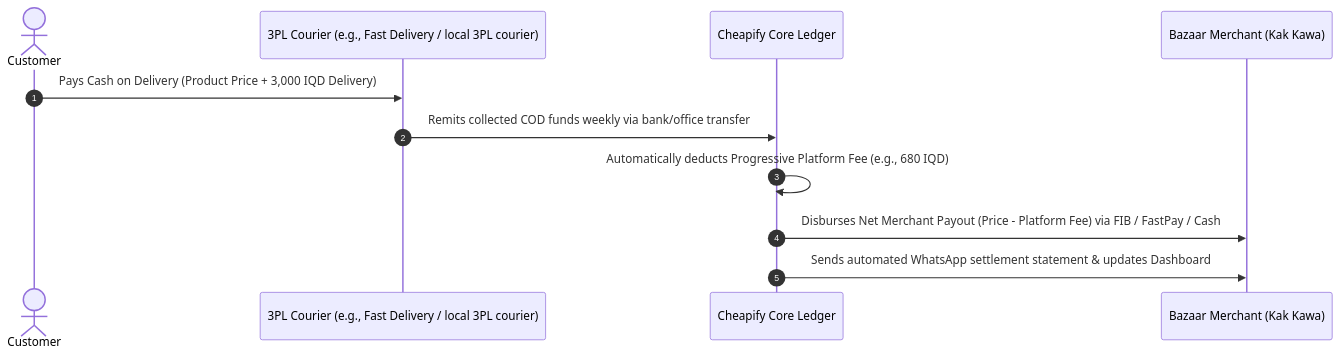
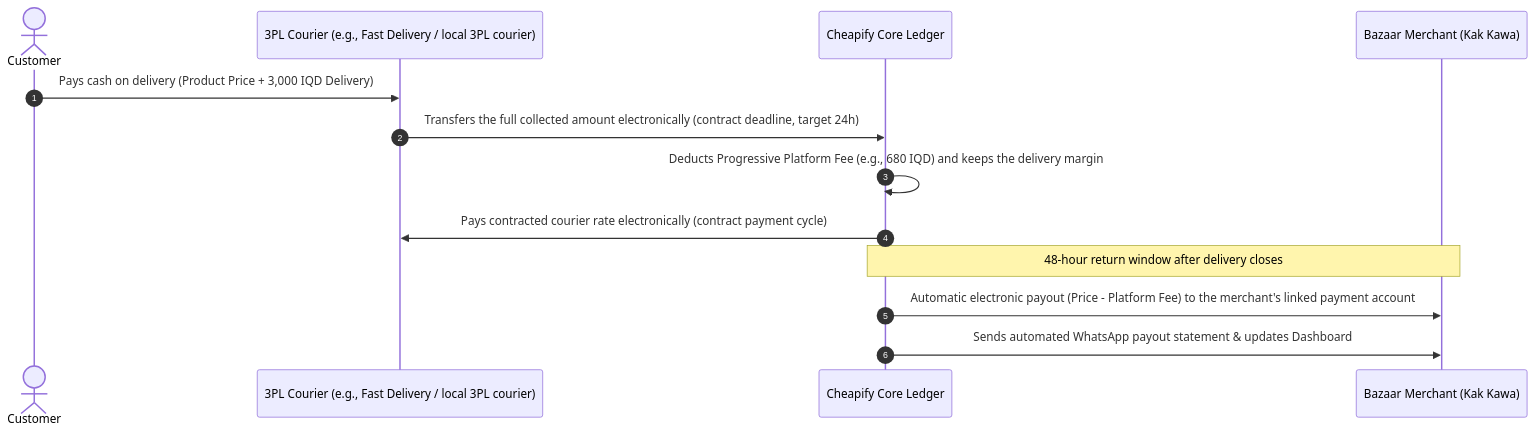
One commit to shakerbr/cheapify changed the diagram in platform/fee_structure_and_monetization.md. Above: the diagram before and after it, drawn with Mermaid. The commit also changed other lines of this file and 87 other files, not shown here.

````diff
--- a/platform/fee_structure_and_monetization.md
+++ b/platform/fee_structure_and_monetization.md
@@ -177,14 +177,16 @@
 ```mermaid
 sequenceDiagram
     autonumber
     actor Customer
     participant Courier as 3PL Courier (e.g., Fast Delivery / local 3PL courier)
     participant Cheapify as Cheapify Core Ledger
     participant Merchant as Bazaar Merchant (Kak Kawa)
 
-    Customer->>Courier: Pays Cash on Delivery (Product Price + 3,000 IQD Delivery)
-    Courier->>Cheapify: Remits collected COD funds weekly via bank/office transfer
-    Cheapify->>Cheapify: Automatically deducts Progressive Platform Fee (e.g., 680 IQD)
-    Cheapify->>Merchant: Disburses Net Merchant Payout (Price - Platform Fee) via FIB / FastPay / Cash
-    Cheapify->>Merchant: Sends automated WhatsApp settlement statement & updates Dashboard
+    Customer->>Courier: Pays cash on delivery (Product Price + 3,000 IQD Delivery)
+    Courier->>Cheapify: Transfers the full collected amount electronically (contract deadline, target 24h)
+    Cheapify->>Cheapify: Deducts Progressive Platform Fee (e.g., 680 IQD) and keeps the delivery margin
+    Cheapify->>Courier: Pays contracted courier rate electronically (contract payment cycle)
+    Note over Cheapify,Merchant: 48-hour return window after delivery closes
+    Cheapify->>Merchant: Automatic electronic payout (Price - Platform Fee) to the merchant's linked payment account
+    Cheapify->>Merchant: Sends automated WhatsApp payout statement & updates Dashboard
 ```
````
